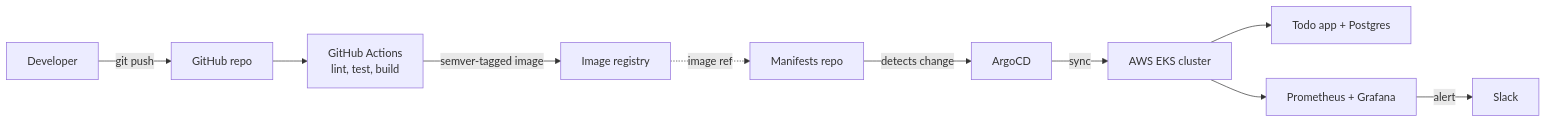
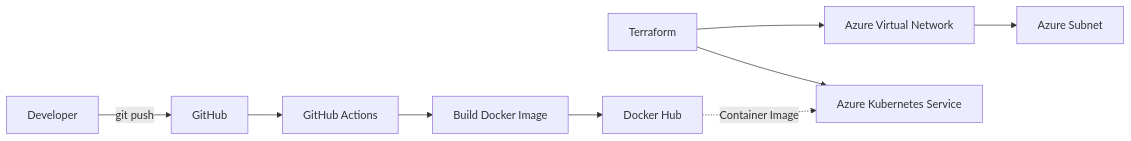
The diagram in README.md (KennySuleiman/Todo-app-source), drawn with Mermaid before and after one commit. The commit also changed other lines of this file, not shown here.

Commit message:
Update Azure AKS project documentation

````diff
--- a/README.md
+++ b/README.md
@@ -15,12 +9,13 @@
 ```mermaid
 flowchart LR
-    Dev[Developer] -->|git push| GH[GitHub repo]
-    GH --> CI[GitHub Actions<br/>lint, test, build]
-    CI -->|semver-tagged image| Reg[Image registry]
-    Reg -.->|image ref| Manifests[Manifests repo]
-    Manifests -->|detects change| Argo[ArgoCD]
-    Argo -->|sync| EKS[AWS EKS cluster]
-    EKS --> App[Todo app + Postgres]
-    EKS --> Mon[Prometheus + Grafana]
-    Mon -->|alert| Slack[Slack]
+    Dev[Developer] -->|git push| GH[GitHub]
+    GH --> GHA[GitHub Actions]
+    GHA --> Build[Build Docker Image]
+    Build --> DH[Docker Hub]
+
+    TF[Terraform] --> VNET[Azure Virtual Network]
+    VNET --> SUBNET[Azure Subnet]
+    TF --> AKS[Azure Kubernetes Service]
+
+    DH -.->|Container Image| AKS
 ```
````
